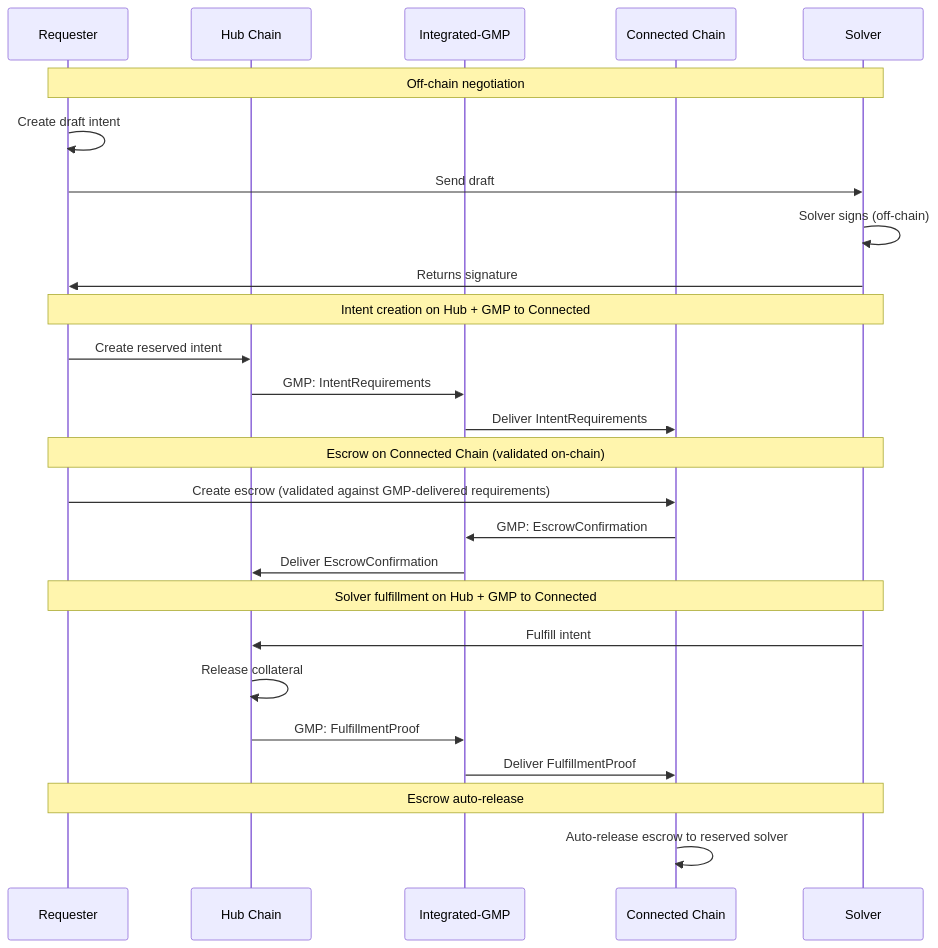
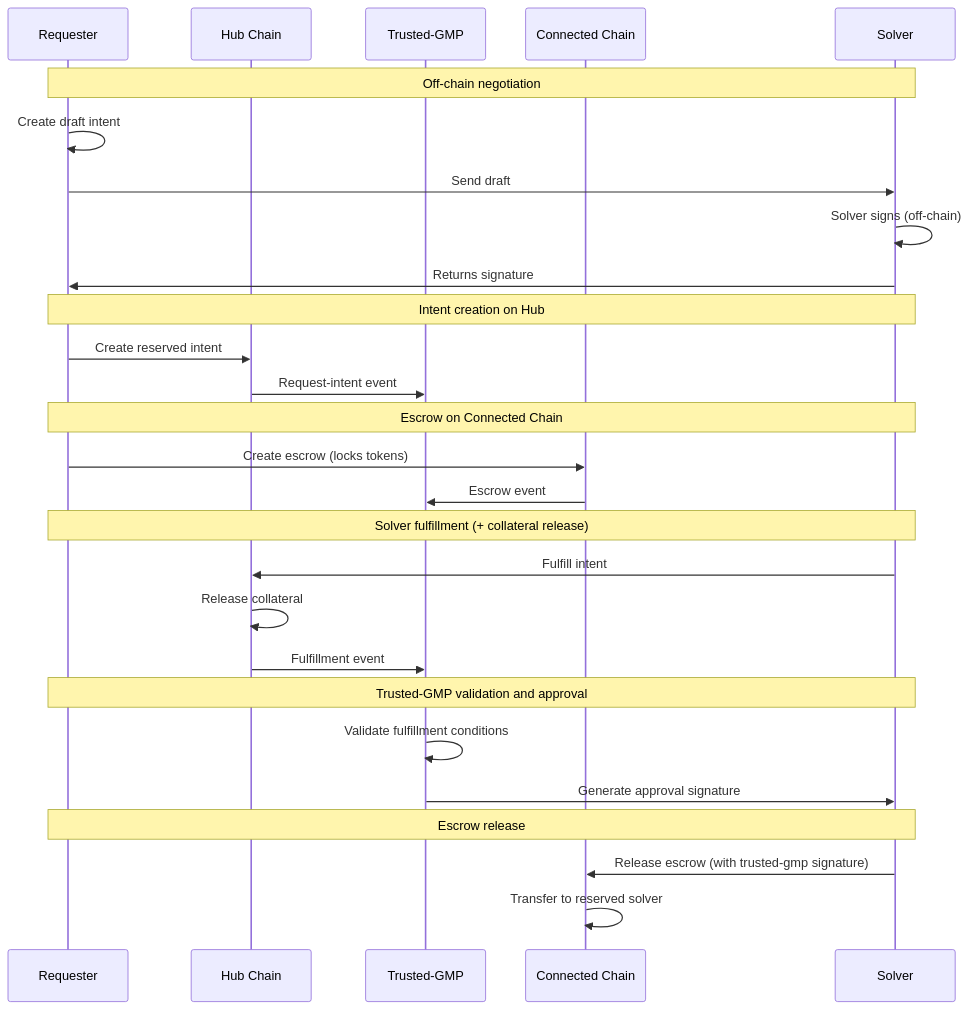
The diagram in docs/architecture/conception/conception_inflow.md (MoveIndustries/int3nts), drawn with Mermaid before and after one commit. The commit also changed other lines of this file and 493 other files, not shown here.

First line of the commit message:
Revert "Integrated GMP (Generic Message Passing) instead of verifier architec…"

````diff
--- a/docs/architecture/conception/conception_inflow.md
+++ b/docs/architecture/conception/conception_inflow.md
@@ -15,33 +15,35 @@
 ```mermaid
 sequenceDiagram
     participant Requester
     participant Hub as Hub Chain
-    participant IntegratedGMP as Integrated-GMP
+    participant TrustedGMP as Trusted-GMP
     participant Connected as Connected Chain
     participant Solver
 
     Note over Requester,Solver: Off-chain negotiation
     Requester->>Requester: Create draft intent
     Requester->>Solver: Send draft
     Solver->>Solver: Solver signs (off-chain)
     Solver->>Requester: Returns signature
 
-    Note over Requester,Solver: Intent creation on Hub + GMP to Connected
+    Note over Requester,Solver: Intent creation on Hub
     Requester->>Hub: Create reserved intent
-    Hub->>IntegratedGMP: GMP: IntentRequirements
-    IntegratedGMP->>Connected: Deliver IntentRequirements
+    Hub->>TrustedGMP: Request-intent event
 
-    Note over Requester,Solver: Escrow on Connected Chain (validated on-chain)
-    Requester->>Connected: Create escrow (validated against GMP-delivered requirements)
-    Connected->>IntegratedGMP: GMP: EscrowConfirmation
-    IntegratedGMP->>Hub: Deliver EscrowConfirmation
+    Note over Requester,Solver: Escrow on Connected Chain
+    Requester->>Connected: Create escrow (locks tokens)
+    Connected->>TrustedGMP: Escrow event
 
-    Note over Requester,Solver: Solver fulfillment on Hub + GMP to Connected
+    Note over Requester,Solver: Solver fulfillment (+ collateral release)
     Solver->>Hub: Fulfill intent
     Hub->>Hub: Release collateral
-    Hub->>IntegratedGMP: GMP: FulfillmentProof
-    IntegratedGMP->>Connected: Deliver FulfillmentProof
+    Hub->>TrustedGMP: Fulfillment event
 
-    Note over Requester,Solver: Escrow auto-release
-    Connected->>Connected: Auto-release escrow to reserved solver
+    Note over Requester,Solver: Trusted-GMP validation and approval
+    TrustedGMP->>TrustedGMP: Validate fulfillment conditions
+    TrustedGMP->>Solver: Generate approval signature
+
+    Note over Requester,Solver: Escrow release
+    Solver->>Connected: Release escrow (with trusted-gmp signature)
+    Connected->>Connected: Transfer to reserved solver
 ```
````
